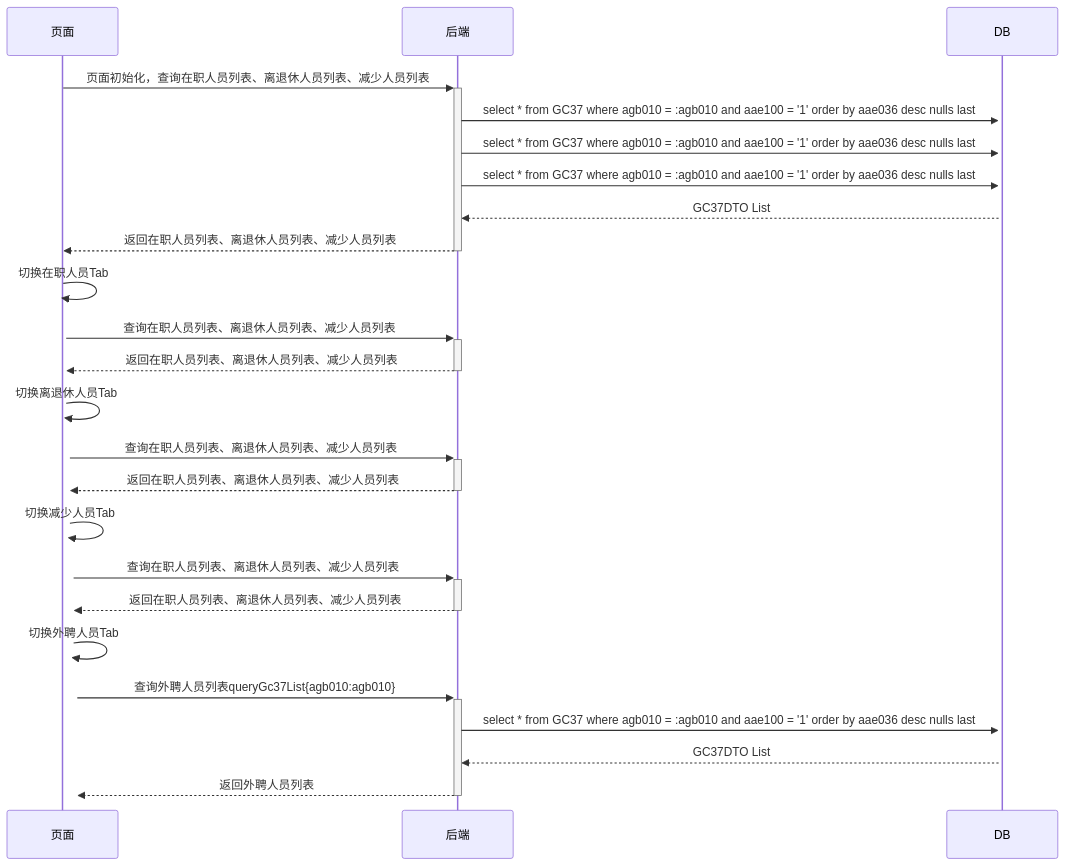
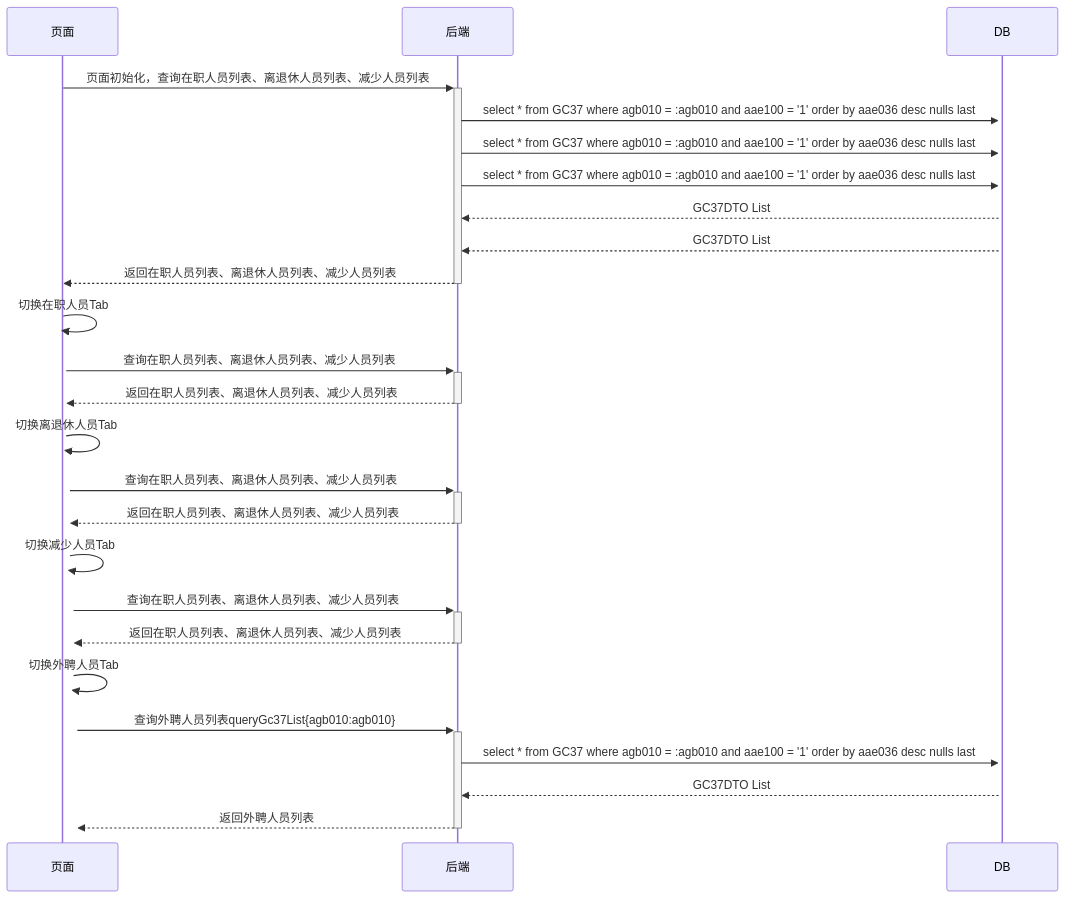
One commit to ZhangJianBeiJing/iodraw-files changed the diagram in all/人员基本信息初始化页面多Tab调用业务流程.md. Above: the diagram before and after it, drawn with Mermaid.

Commit message:
2025-03-25 10:31:22 update

````diff
--- a/all/人员基本信息初始化页面多Tab调用业务流程.md
+++ b/all/人员基本信息初始化页面多Tab调用业务流程.md
@@ -1,23 +1,26 @@
 ```mermaid
 sequenceDiagram
     页面->>+后端: 页面初始化，查询在职人员列表、离退休人员列表、减少人员列表
     后端->>+DB:select * from GC37 where agb010 = :agb010 and aae100 = '1' order by aae036 desc nulls last
+    
     后端->>+DB:select * from GC37 where agb010 = :agb010 and aae100 = '1' order by aae036 desc nulls last
     后端->>+DB:select * from GC37 where agb010 = :agb010 and aae100 = '1' order by aae036 desc nulls last
+    
+    DB-->>后端:GC37DTO List
     DB-->>后端:GC37DTO List
     后端-->>-页面:返回在职人员列表、离退休人员列表、减少人员列表
     页面->>+页面:切换在职人员Tab
     页面->>+后端:查询在职人员列表、离退休人员列表、减少人员列表
     后端-->>-页面:返回在职人员列表、离退休人员列表、减少人员列表
     页面->>+页面:切换离退休人员Tab
     页面->>+后端:查询在职人员列表、离退休人员列表、减少人员列表
     后端-->>-页面:返回在职人员列表、离退休人员列表、减少人员列表
     页面->>+页面:切换减少人员Tab
     页面->>+后端:查询在职人员列表、离退休人员列表、减少人员列表
     后端-->>-页面:返回在职人员列表、离退休人员列表、减少人员列表
     页面->>+页面:切换外聘人员Tab
     页面->>+后端:查询外聘人员列表queryGc37List{agb010:agb010}
     后端->>+DB:select * from GC37 where agb010 = :agb010 and aae100 = '1' order by aae036 desc nulls last
     DB-->>后端:GC37DTO List 
     后端-->>-页面:返回外聘人员列表
 ```
````
